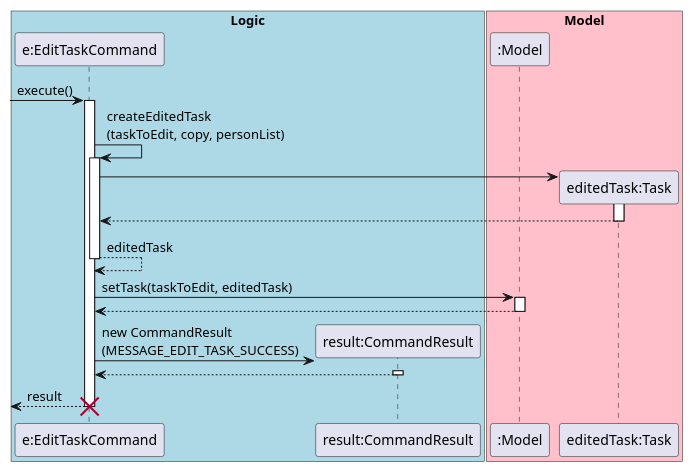
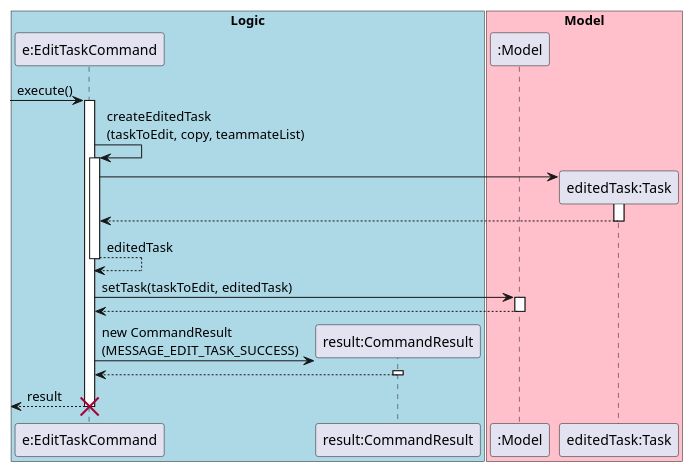
Before and after one commit to nus-cs2103-AY2223S1/tp: the diagram in docs/diagrams/EditTaskCommandExecute.puml, drawn with PlantUML. The commit also changed 135 other files, not shown here.

Commit message:
refactor: change all Person to Teammate

```diff
--- a/docs/diagrams/EditTaskCommandExecute.puml
+++ b/docs/diagrams/EditTaskCommandExecute.puml
@@ -1,28 +1,28 @@
 @startuml
 autoactivate on
 box "Logic" #LightBlue
 participant "e:EditTaskCommand" as e
 participant "result:CommandResult" as result
 end box
 box "Model" #Pink
 participant ":Model" as M
 participant "editedTask:Task" as t
 end box
 
 
 [-> e : execute()
-e -> e :  createEditedTask\n(taskToEdit, copy, personList)
+e -> e :  createEditedTask\n(taskToEdit, copy, teammateList)
 e -> t **
 activate t
 return
 return editedTask
 
 e -> M : setTask(taskToEdit, editedTask)
 return
 
 e -> result ** : new CommandResult\n(MESSAGE_EDIT_TASK_SUCCESS)
 activate result
 return
 return result
 destroy e
 @enduml
```
